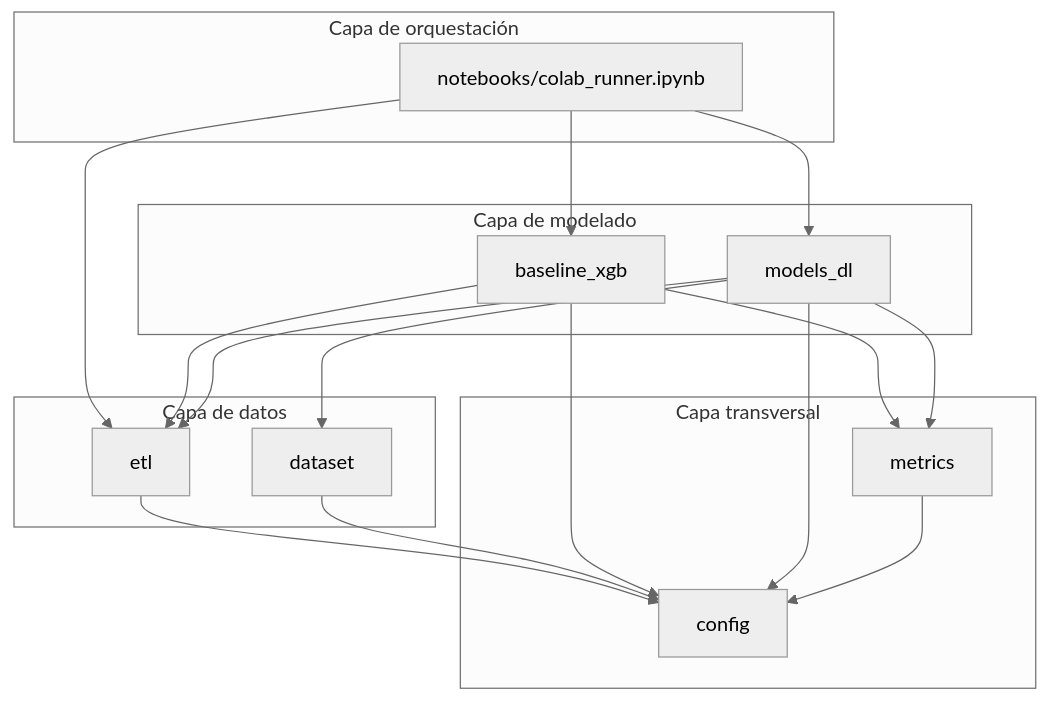
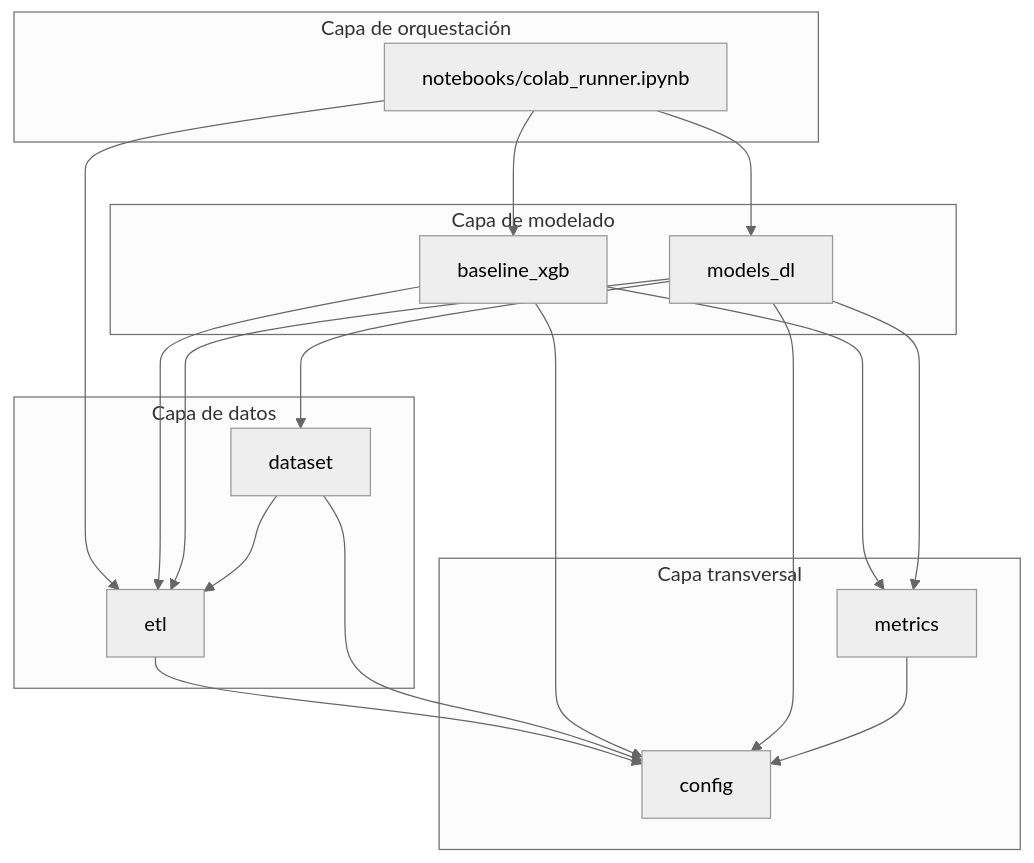
Before and after one commit to facupeletay/nasa-turbofan-rul: the diagram in docs/03_logical_architecture.md, drawn with Mermaid (neutral theme). The commit also changed other lines of this file and 5 other files, not shown here.

````diff
--- a/docs/03_logical_architecture.md
+++ b/docs/03_logical_architecture.md
@@ -11,32 +11,33 @@
 ```mermaid
 flowchart TB
     subgraph ORQ["Capa de orquestación"]
         NB["notebooks/colab_runner.ipynb"]
     end
     subgraph MOD["Capa de modelado"]
         XGB["baseline_xgb"]
         DL["models_dl"]
     end
     subgraph DAT["Capa de datos"]
         ETL["etl"]
         DS["dataset"]
     end
     subgraph TRANS["Capa transversal"]
         CFG["config"]
         MET["metrics"]
     end
 
     NB --> ETL
     NB --> XGB
     NB --> DL
     XGB --> ETL
     XGB --> MET
     DL --> DS
     DL --> ETL
     DL --> MET
     ETL --> CFG
+    DS --> ETL
     DS --> CFG
     XGB --> CFG
     DL --> CFG
     MET --> CFG
 ```
````
